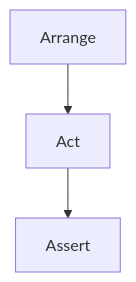
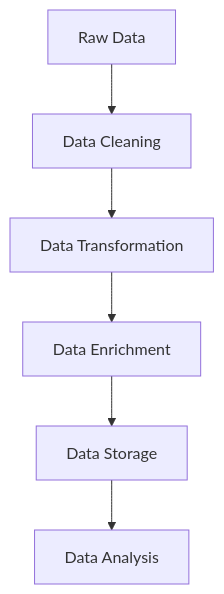
Before and after one commit to MasteryEducation/SoftwarePatternsLexicon.com: the diagram in content/patterns-clojure/16/1/index.md, drawn with Mermaid. The commit also changed other lines of this file and 462 other files, not shown here.

````diff
--- a/content/patterns-clojure/16/1/index.md
+++ b/content/patterns-clojure/16/1/index.md
@@ -54,5 +161,8 @@
 ```mermaid
 graph TD;
-    A[Arrange] --> B[Act];
-    B --> C[Assert];
+    A[Raw Data] --> B[Data Cleaning];
+    B --> C[Data Transformation];
+    C --> D[Data Enrichment];
+    D --> E[Data Storage];
+    E --> F[Data Analysis];
 ```
````
